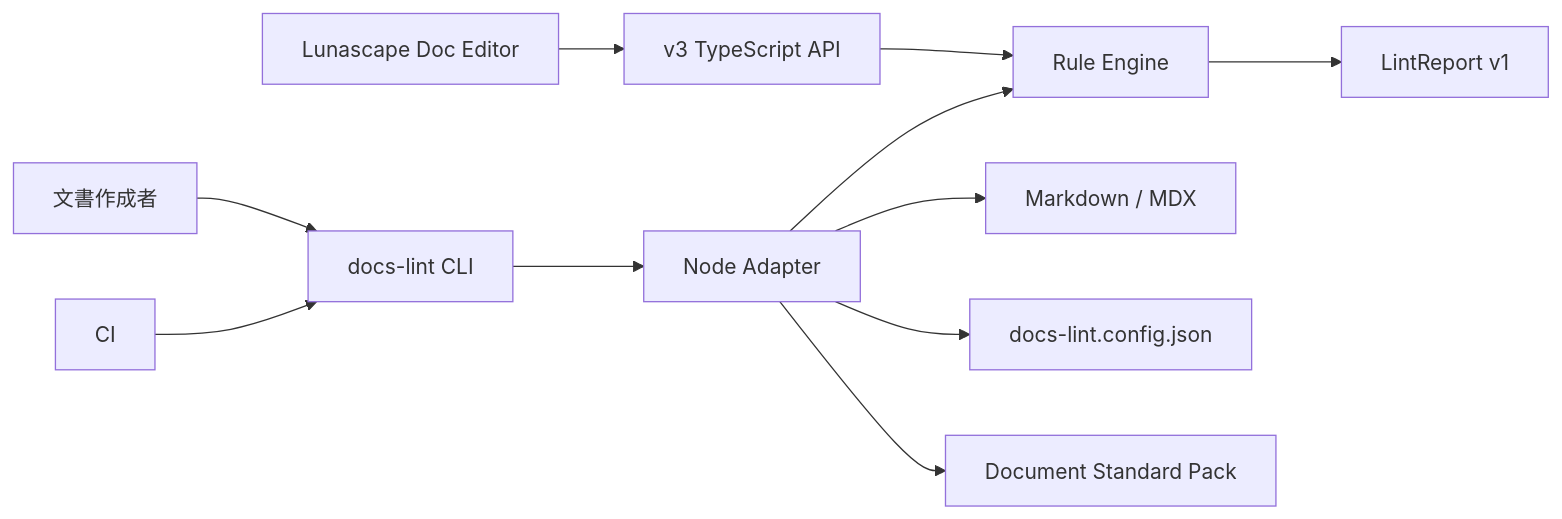
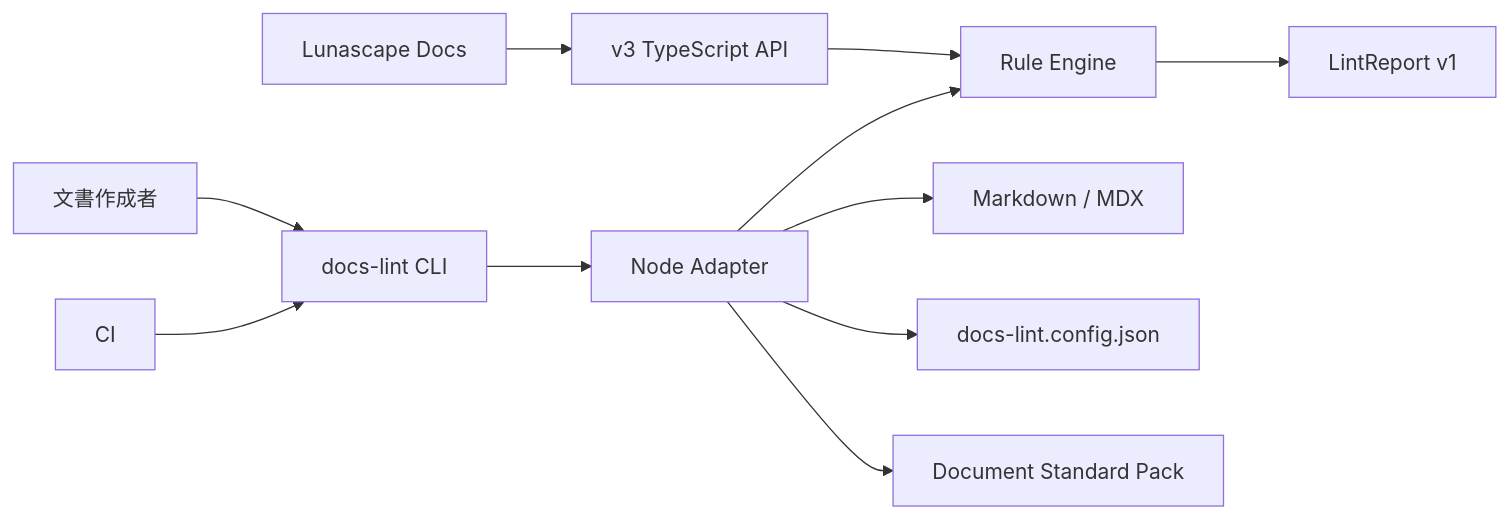
Before and after one commit to gu-corp/docs-lint: the first of 2 diagrams in docs/02-spec/02-architecture/ARCHITECTURE.md, drawn with Mermaid. The commit also changed 3 other files, not shown here.

Commit message:
docs: rename editor product to Lunascape Docs

````diff
--- a/docs/02-spec/02-architecture/ARCHITECTURE.md
+++ b/docs/02-spec/02-architecture/ARCHITECTURE.md
@@ -12,13 +12,13 @@
 ```mermaid
 flowchart LR
   Author[文書作成者] --> CLI[docs-lint CLI]
   CI[CI] --> CLI
-  Editor[Lunascape Doc Editor] --> API[v3 TypeScript API]
+  Editor[Lunascape Docs] --> API[v3 TypeScript API]
   CLI --> Node[Node Adapter]
   API --> Engine[Rule Engine]
   Node --> Engine
   Node --> Docs[Markdown / MDX]
   Node --> Config[docs-lint.config.json]
   Node --> Pack[Document Standard Pack]
   Engine --> Report[LintReport v1]
 ```
````
